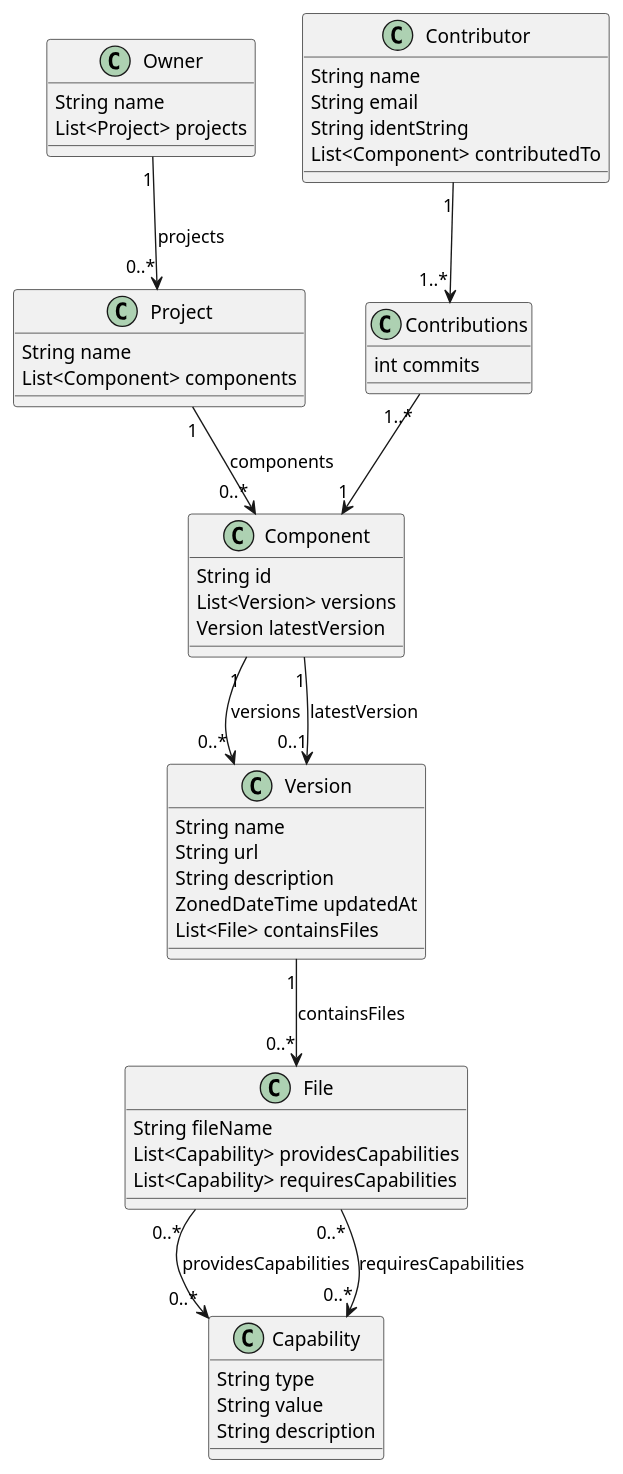
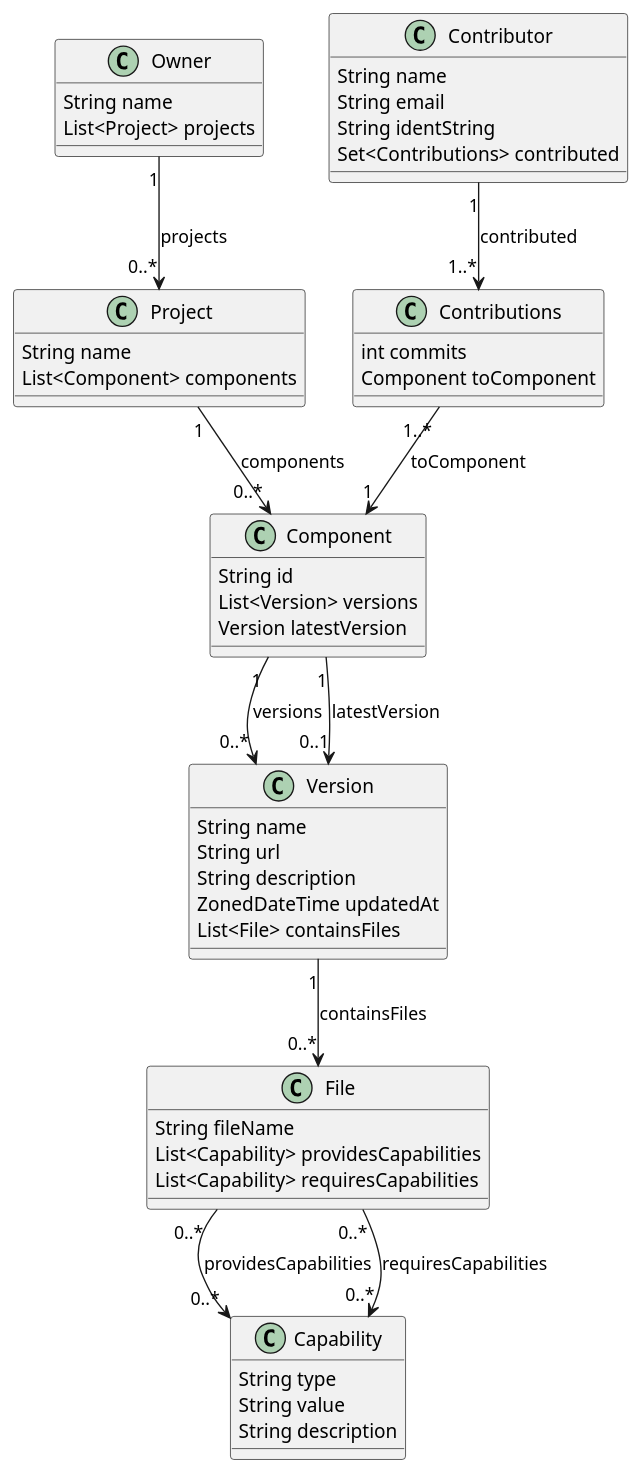
The diagram in documentation/src/main/asciidoc/model.puml (jqassistant-tooling/jqassistant-component-dashboard), drawn with PlantUML before and after one commit.

Commit message:
#103 fixed contribution related relations

```diff
--- a/documentation/src/main/asciidoc/model.puml
+++ b/documentation/src/main/asciidoc/model.puml
@@ -1,61 +1,62 @@
 @startuml
 '!pragma layout smetana
 
 class Owner {
   String name
   List<Project> projects
 }
 
 class Project {
   String name
   List<Component> components
 }
 
 class Component {
   String id
   List<Version> versions
   Version latestVersion
 }
 
 class Contributor {
   String name
   String email
   String identString
-  List<Component> contributedTo
+  Set<Contributions> contributed
 }
 
 class Contributions {
   int commits
+  Component toComponent
 }
 
 class Version {
   String name
   String url
   String description
   ZonedDateTime updatedAt
   List<File> containsFiles
 }
 
 class File {
   String fileName
   List<Capability> providesCapabilities
   List<Capability> requiresCapabilities
 }
 
 class Capability {
   String type
   String value
   String description
 }
 
 Owner        "1" --> "0..*" Project : projects
 Project      "1" --> "0..*" Component : components
 Component    "1" --> "0..*" Version : versions
 Component    "1" --> "0..1" Version : latestVersion
 Version      "1" --> "0..*" File : containsFiles
 File      "0..*" --> "0..*" Capability : providesCapabilities
 File      "0..*" --> "0..*" Capability : requiresCapabilities
 
-Contributor      "1" --> "1..*" Contributions
-Contributions "1..*" --> "1" Component
+Contributor      "1" --> "1..*" Contributions : contributed
+Contributions "1..*" --> "1" Component : toComponent
 @enduml
```
